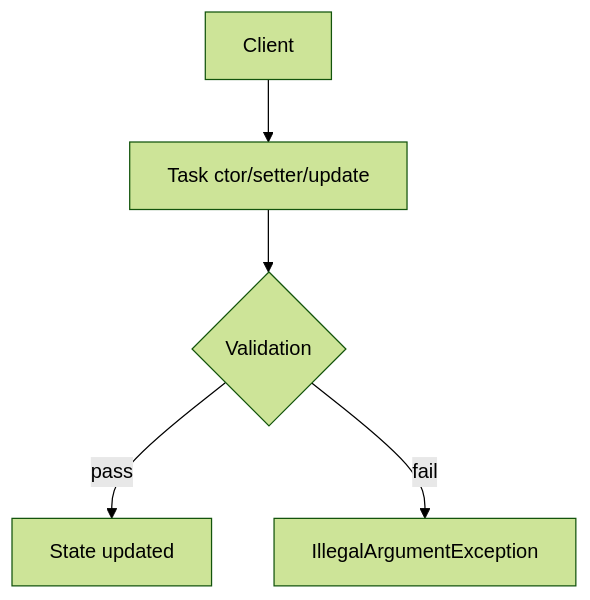
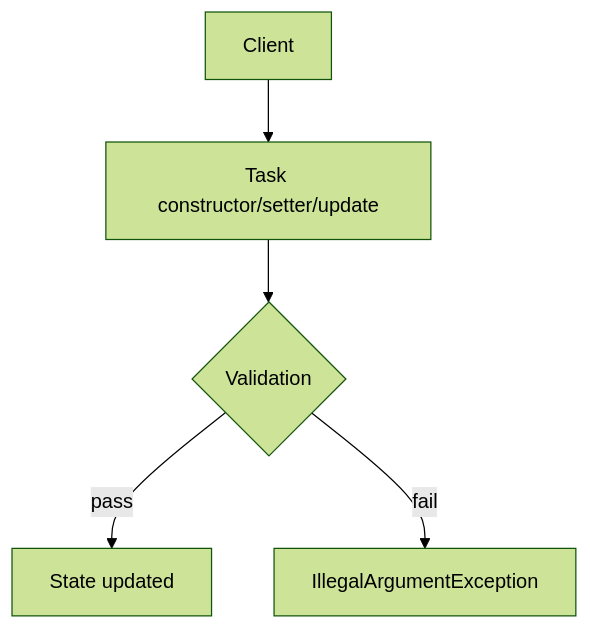
The sixth of 10 diagrams in README.md (jguida941/cs320-contact-service-junit), drawn with Mermaid (forest theme) before and after one commit.

Commit message:
Spell out Task constructor in README flow

````diff
--- a/README.md
+++ b/README.md
@@ -300,7 +300,7 @@
 ```mermaid
 graph TD
-    A[Client] --> B[Task ctor/setter/update]
+    A[Client] --> B[Task constructor/setter/update]
     B --> C{Validation}
     C -->|pass| D[State updated]
     C -->|fail| E[IllegalArgumentException]
 ```
````
